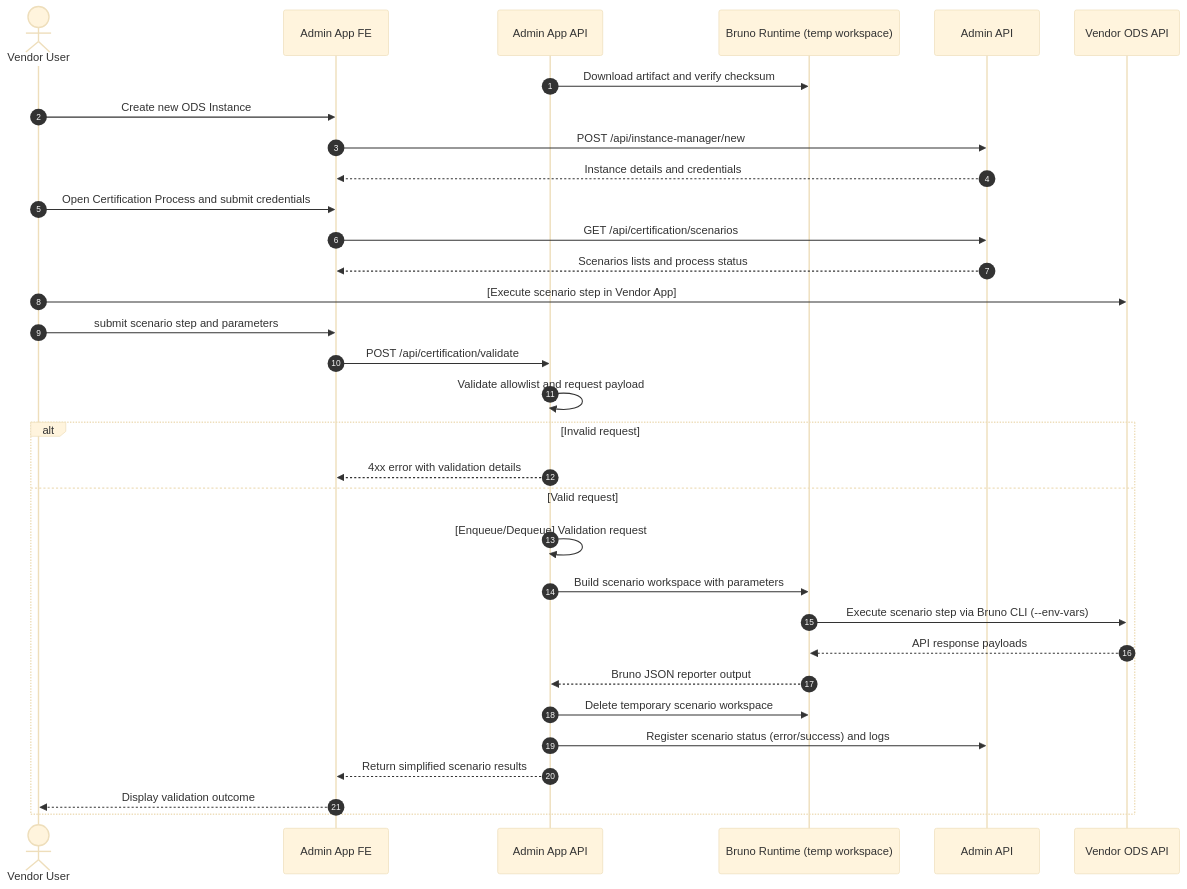
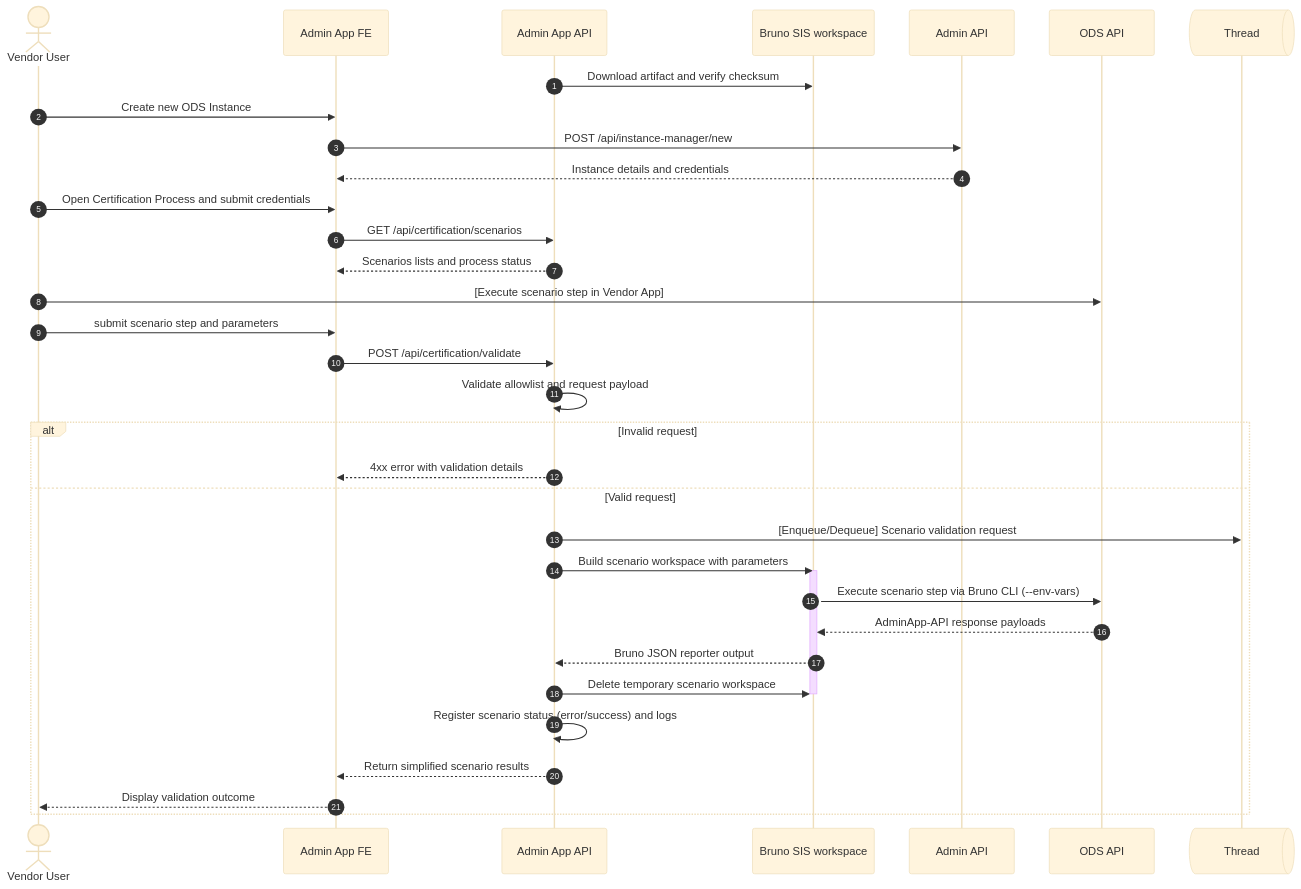
One commit to Ed-Fi-Alliance-OSS/Ed-Fi-AdminApp changed the second of 4 diagrams in docs/design/certification-2026/phase2/certification-2.2.md. Above: the diagram before and after it, drawn with Mermaid (base theme). The commit also changed other lines of this file, not shown here.

Commit message:
[AC-479] docs: database schema update and final clean up

````diff
--- a/docs/design/certification-2026/phase2/certification-2.2.md
+++ b/docs/design/certification-2026/phase2/certification-2.2.md
@@ -173,37 +147,40 @@
 ```mermaid
 sequenceDiagram
   autonumber
   actor User as Vendor User
   participant FE as Admin App FE
-  participant API as Admin App API
-  participant Runtime as Bruno Runtime (temp workspace)
+  participant AdminApp-API as Admin App API
+  participant Runtime as Bruno SIS workspace
   participant AdminAPI as Admin API
-  participant ODS as Vendor ODS API
+  participant ODS as ODS API
+  participant Thread@{ "type" : "queue" }
   
-  API->>Runtime: Download artifact and verify checksum
+  AdminApp-API->>Runtime: Download artifact and verify checksum
   
   User->>FE: Create new ODS Instance
   FE->>AdminAPI: POST /api/instance-manager/new
   AdminAPI-->>FE: Instance details and credentials
   User->>FE: Open Certification Process and submit credentials
-  FE->>AdminAPI: GET /api/certification/scenarios
-  AdminAPI-->>FE: Scenarios lists and process status
+  FE->>AdminApp-API: GET /api/certification/scenarios
+  AdminApp-API-->>FE: Scenarios lists and process status
   User->>ODS: [Execute scenario step in Vendor App]
   User->>FE: submit scenario step and parameters
 
-  FE->>API: POST /api/certification/validate
-  API->>API: Validate allowlist and request payload
+  FE->>AdminApp-API: POST /api/certification/validate
+  AdminApp-API->>AdminApp-API: Validate allowlist and request payload
   alt Invalid request
-    API-->>FE: 4xx error with validation details
+    AdminApp-API-->>FE: 4xx error with validation details
   else Valid request
-    API->>API: [Enqueue/Dequeue] Validation request
-    API->>Runtime: Build scenario workspace with parameters
+    AdminApp-API->>Thread: [Enqueue/Dequeue] Scenario validation request
+    AdminApp-API->>Runtime: Build scenario workspace with parameters
+    activate Runtime
     Runtime->>ODS: Execute scenario step via Bruno CLI (--env-vars)
-    ODS-->>Runtime: API response payloads
-    Runtime-->>API: Bruno JSON reporter output
-    API->>Runtime: Delete temporary scenario workspace
-    API->>AdminAPI: Register scenario status (error/success) and logs
-    API-->>FE: Return simplified scenario results
+    ODS-->>Runtime: AdminApp-API response payloads
+    Runtime-->>AdminApp-API: Bruno JSON reporter output
+    AdminApp-API->>Runtime: Delete temporary scenario workspace
+    deactivate Runtime
+    AdminApp-API->>AdminApp-API: Register scenario status (error/success) and logs
+    AdminApp-API-->>FE: Return simplified scenario results
     FE-->>User: Display validation outcome
   end
 ```
````
